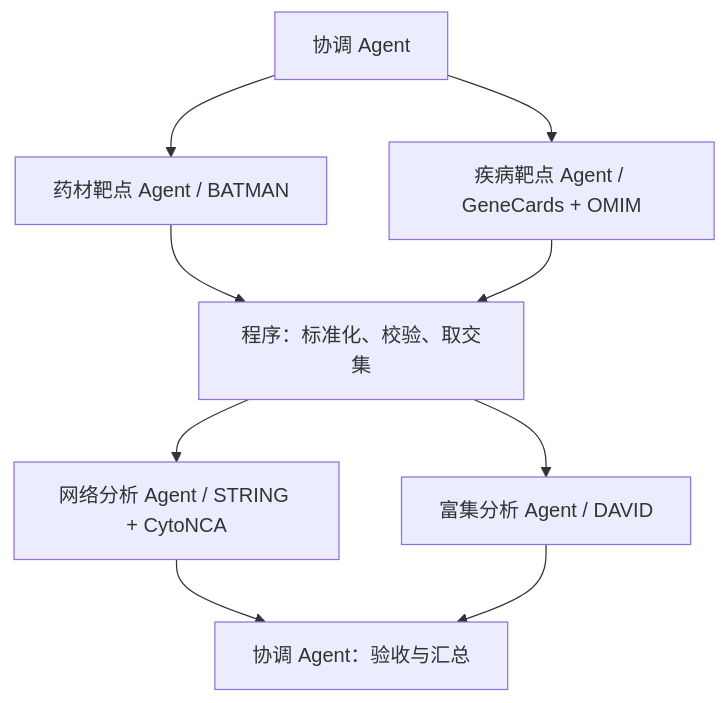
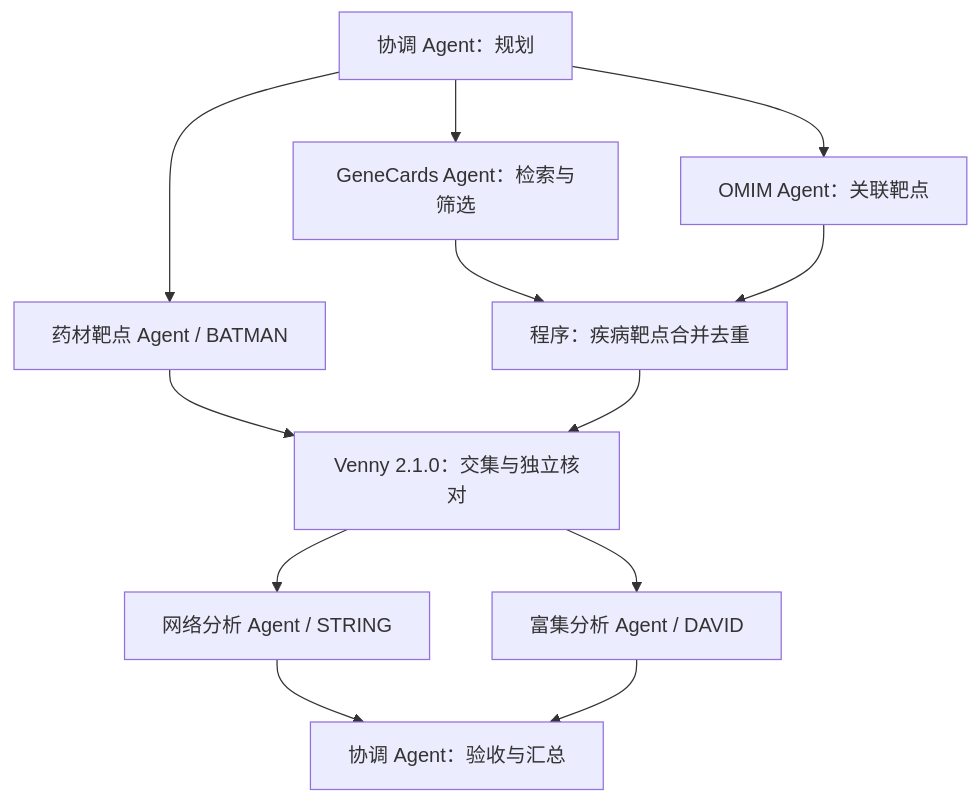
One commit to HappyLifeToCode/PharmacologyMultiAgent changed the diagram in docs/DEMO_PLAN.md. Above: the diagram before and after it, drawn with Mermaid. The commit also changed other lines of this file and 32 other files, not shown here.

````diff
--- a/docs/DEMO_PLAN.md
+++ b/docs/DEMO_PLAN.md
@@ -5,11 +7,14 @@
 ```mermaid
 flowchart TD
-    C[协调 Agent] --> H[药材靶点 Agent / BATMAN]
-    C --> D[疾病靶点 Agent / GeneCards + OMIM]
-    H --> V[程序：标准化、校验、取交集]
+    C[协调 Agent：规划] --> H[药材靶点 Agent / BATMAN]
+    C --> GC[GeneCards Agent：检索与筛选]
+    C --> OM[OMIM Agent：关联靶点]
+    GC --> D[程序：疾病靶点合并去重]
+    OM --> D
+    H --> V[Venny 2.1.0：交集与独立核对]
     D --> V
-    V --> N[网络分析 Agent / STRING + CytoNCA]
+    V --> N[网络分析 Agent / STRING]
     V --> E[富集分析 Agent / DAVID]
     N --> R[协调 Agent：验收与汇总]
     E --> R
 ```
````
